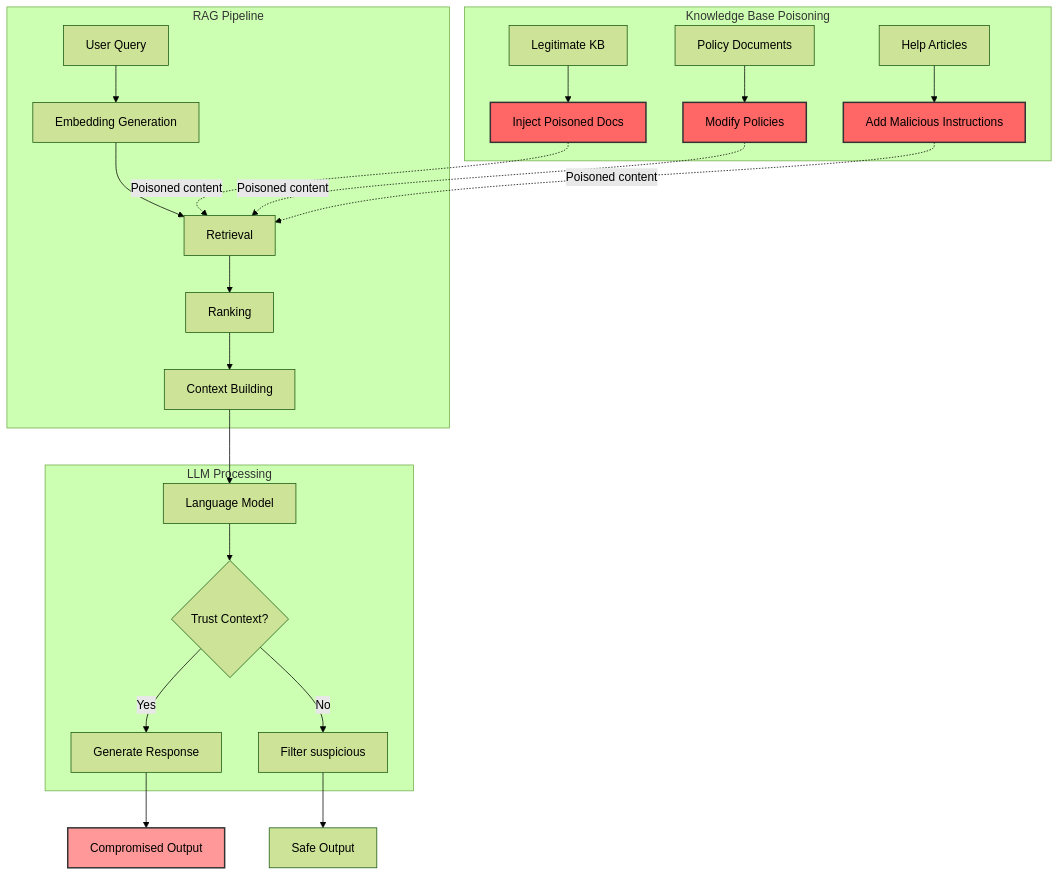
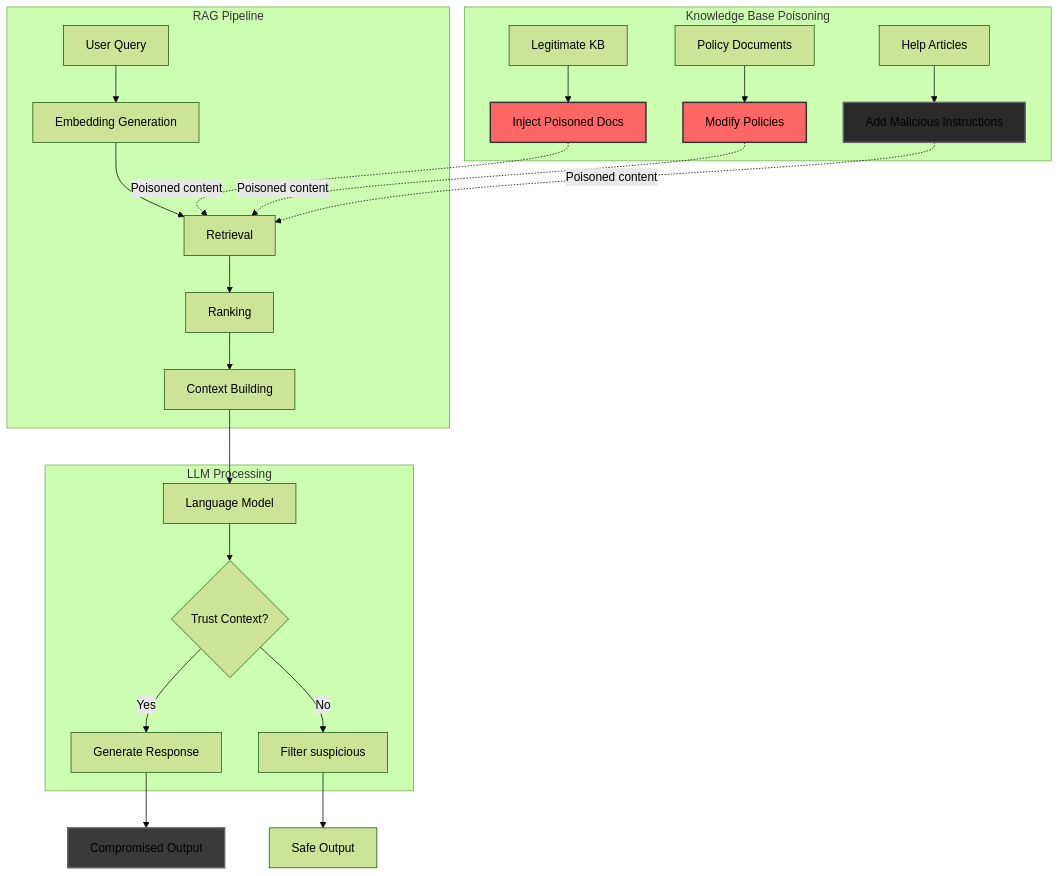
One commit to mbhatt1/agentic_lpci_framework changed the sixth of 12 diagrams in agentic_lpci_framework/README.md. Above: the diagram before and after it, drawn with Mermaid (forest theme). The commit also changed other lines of this file and 3 other files, not shown here.

````diff
--- a/agentic_lpci_framework/README.md
+++ b/agentic_lpci_framework/README.md
@@ -223,32 +223,32 @@
 ```mermaid
 graph TB
     subgraph "Knowledge Base Poisoning"
         K1[Legitimate KB] --> P1[Inject Poisoned Docs]
         K2[Policy Documents] --> P2[Modify Policies]
         K3[Help Articles] --> P3[Add Malicious Instructions]
     end
     
     subgraph "RAG Pipeline"
         Q[User Query] --> EMB[Embedding Generation]
         EMB --> RET[Retrieval]
         RET --> RANK[Ranking]
         RANK --> CTX[Context Building]
         
         P1 & P2 & P3 -.->|Poisoned content| RET
     end
     
     subgraph "LLM Processing"
         CTX --> LLM[Language Model]
         LLM --> TRUST{Trust Context?}
         TRUST -->|Yes| GEN[Generate Response]
         TRUST -->|No| FILTER[Filter suspicious]
     end
     
     GEN --> COMP[Compromised Output]
     FILTER --> SAFE[Safe Output]
     
     style P1 fill:#f66,stroke:#333,stroke-width:2px
     style P2 fill:#f66,stroke:#333,stroke-width:2px
-    style P3 fill:#f66,stroke:#333,stroke-width:2px
-    style COMP fill:#f99,stroke:#333,stroke-width:2px
+    style P3 fill:#2a2a2a,stroke:#666666,stroke-width:2px
+    style COMP fill:#3a3a3a,stroke:#666666,stroke-width:2px
 ```
````
